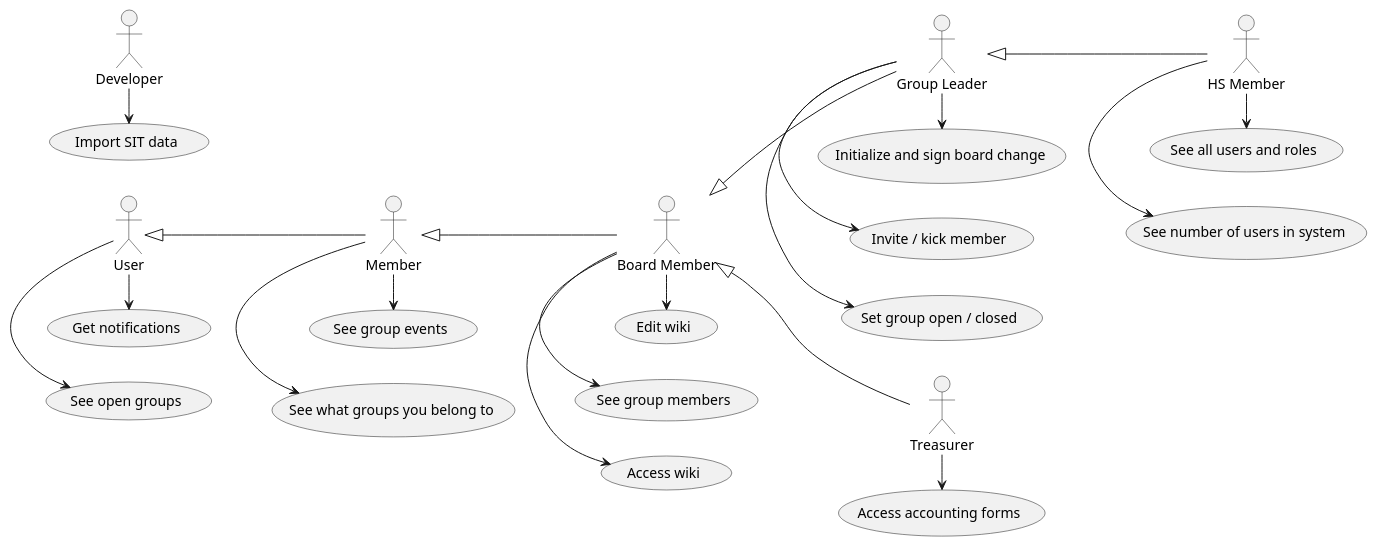
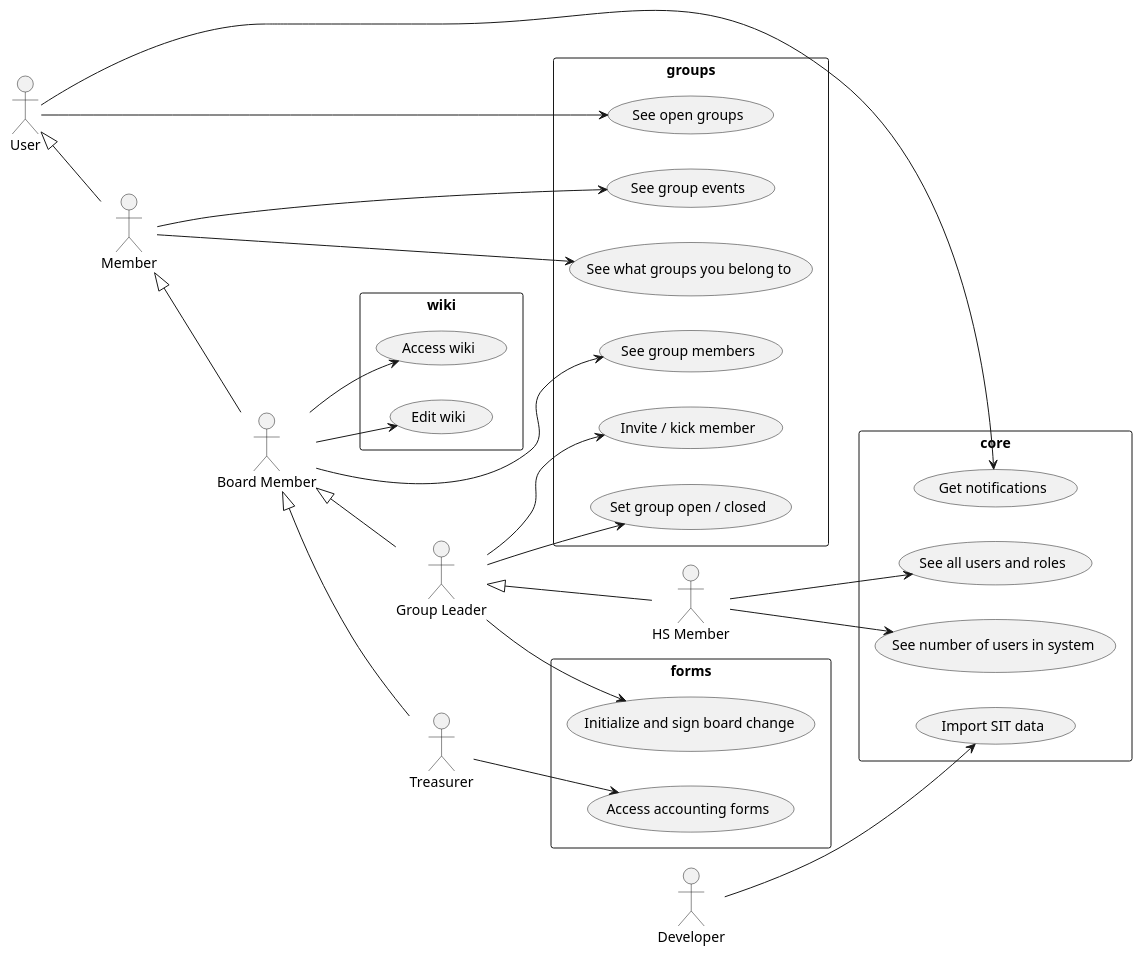
The diagram in diagrams/usecase-group.puml (NTNUI/events-bachelor-v18), drawn with PlantUML before and after one commit.

Commit message:
add usecases into rectangle groups

```diff
--- a/diagrams/usecase-group.puml
+++ b/diagrams/usecase-group.puml
@@ -1,43 +1,44 @@
 @startuml
 
 left to right direction
 :HS Member: as HS
 :Group Leader: as Leader
 :Treasurer: as Treasurer
 :Board Member: as BoardMember
 :Member: as Member
 :User: as User
 :Developer: as Developer
 
 Leader <|-- HS
 BoardMember <|-- Leader
 BoardMember <|-- Treasurer
 Member <|-- BoardMember
 User <|-- Member
 
-    HS -> (See number of users in system)
-    HS -> (See all users and roles)
+rectangle core {
+    HS --> (See number of users in system)
+    HS --> (See all users and roles)
+    User --> (Get notifications)
+    Developer --> (Import SIT data)
+}
 
-    Leader -> (Set group open / closed)
-    Leader -> (Invite / kick member)
-    Leader -> (Initialize and sign board change)
+rectangle groups {
+    Leader --> (Set group open / closed)
+    Leader --> (Invite / kick member)
+    BoardMember -> (See group members)
+    Member --> (See what groups you belong to)
+    Member --> (See group events)
+    User --> (See open groups)
+}
 
-    Treasurer -> (Access accounting forms)
+rectangle forms {
+    Leader --> (Initialize and sign board change)
+    Treasurer --> (Access accounting forms)
+}
 
-    BoardMember -> (Access wiki)
-    BoardMember -> (See group members)
-    BoardMember -> (Edit wiki)
-
-    Member -> (See what groups you belong to)
-    Member -> (See group events)
-
-
-    User -> (See open groups)
-    User -> (Get notifications)
-
-    Developer -> (Import SIT data)
-
-
-
+rectangle wiki {
+    BoardMember --> (Access wiki)
+    BoardMember --> (Edit wiki)
+}
 
 @enduml
```
